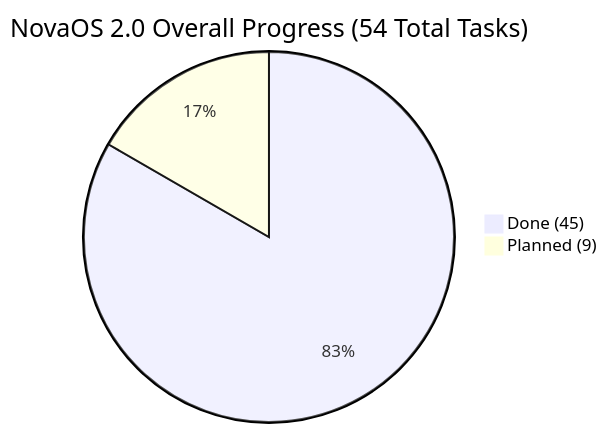
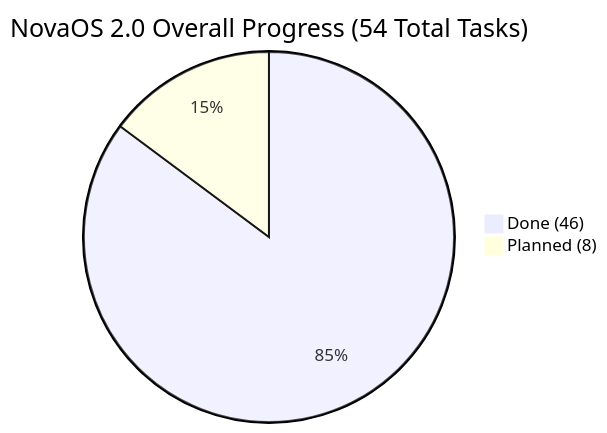
Before and after one commit to firoze-hossain/novaos: the diagram in NovaOS_Build_Plan.md, drawn with Mermaid. The commit also changed other lines of this file and 26 other files, not shown here.

````diff
--- a/NovaOS_Build_Plan.md
+++ b/NovaOS_Build_Plan.md
@@ -9,5 +9,5 @@
 ```mermaid
 pie title NovaOS 2.0 Overall Progress (54 Total Tasks)
-    "Done (45)" : 45
-    "Planned (9)" : 9
+    "Done (46)" : 46
+    "Planned (8)" : 8
 ```
````
